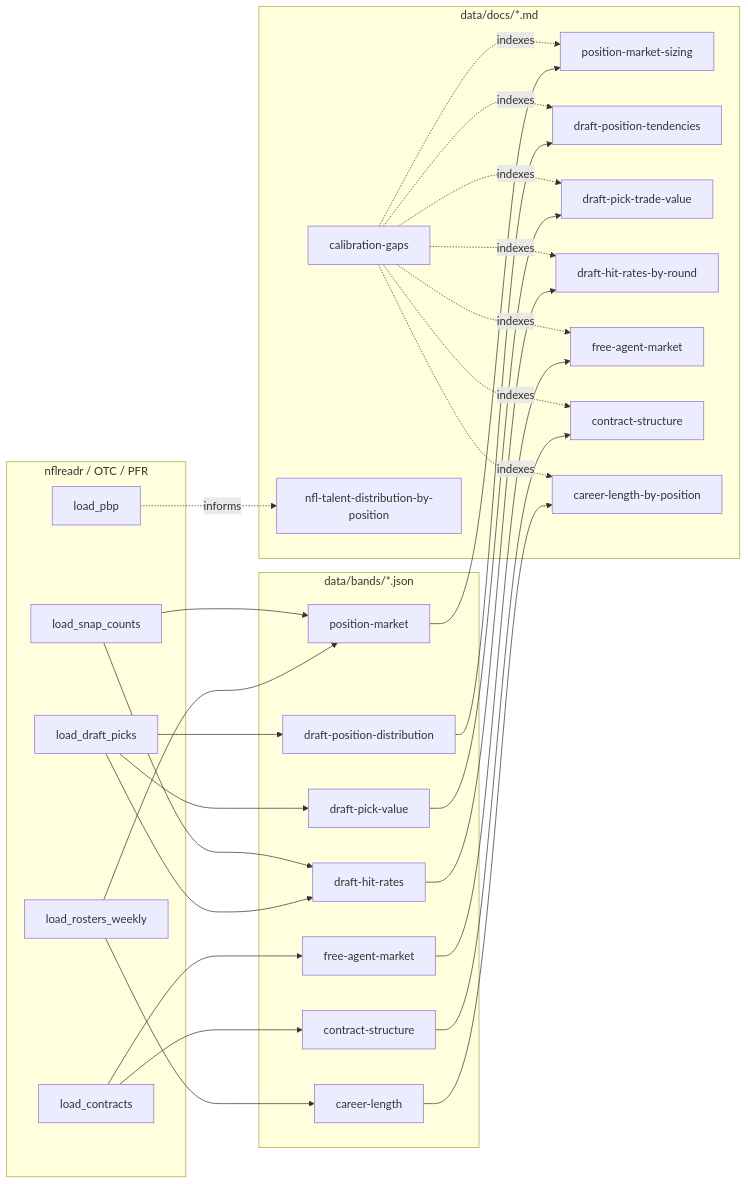
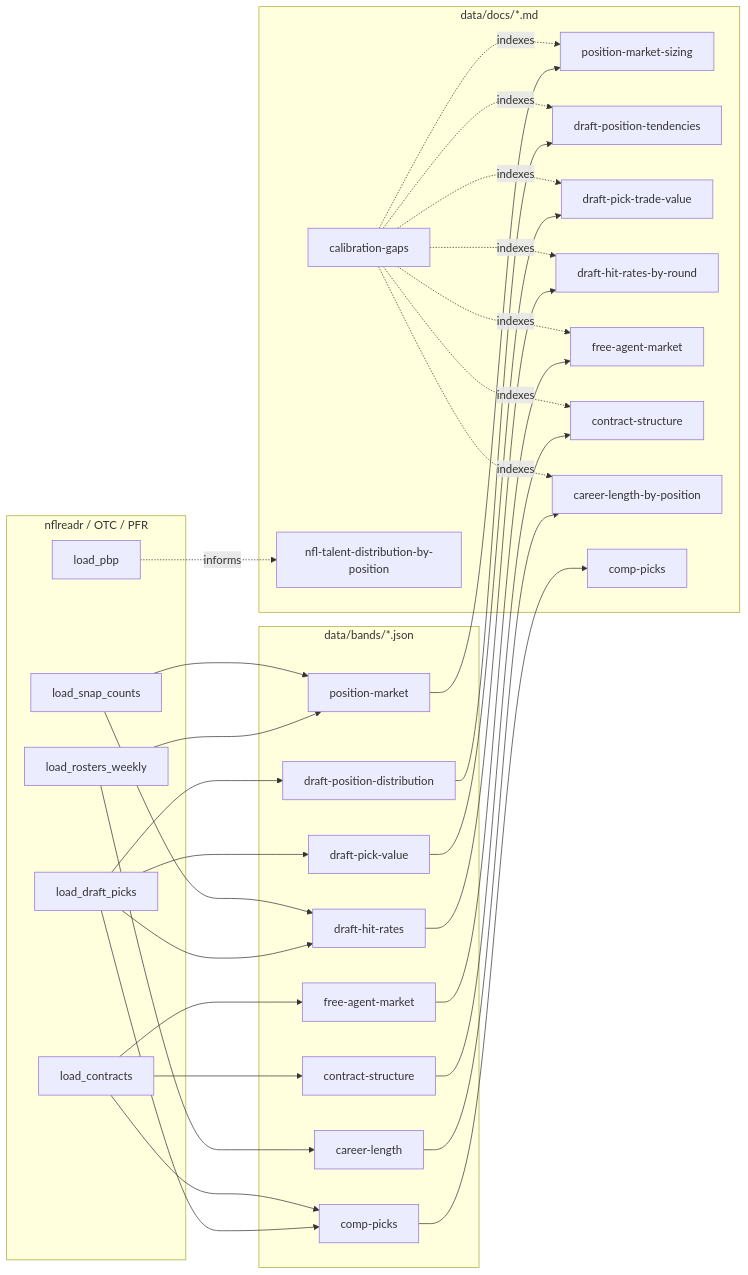
The diagram in data/docs/README.md (Tiernebre/zone-blitz), drawn with Mermaid before and after one commit. The commit also changed other lines of this file and 4 other files, not shown here.

````diff
--- a/data/docs/README.md
+++ b/data/docs/README.md
@@ -15,45 +15,49 @@
 ```mermaid
 flowchart LR
     subgraph Sources["nflreadr / OTC / PFR"]
         PBP[load_pbp]
         ROS[load_rosters_weekly]
         SNAP[load_snap_counts]
         DRAFT[load_draft_picks]
         CTR[load_contracts]
     end
 
     subgraph Bands["data/bands/*.json"]
         B1[position-market]
         B2[draft-position-distribution]
         B3[draft-pick-value]
         B4[draft-hit-rates]
         B5[free-agent-market]
         B6[contract-structure]
         B7[career-length]
+        B8[comp-picks]
     end
 
     subgraph Docs["data/docs/*.md"]
         D0[calibration-gaps]
         D1[position-market-sizing]
         D2[draft-position-tendencies]
         D3[draft-pick-trade-value]
         D4[draft-hit-rates-by-round]
         D5[free-agent-market]
         D6[contract-structure]
         D7[career-length-by-position]
         D8[nfl-talent-distribution-by-position]
+        D9[comp-picks]
     end
 
     ROS --> B1 --> D1
     DRAFT --> B2 --> D2
     DRAFT --> B3 --> D3
     DRAFT --> B4 --> D4
     CTR --> B5 --> D5
     CTR --> B6 --> D6
     ROS --> B7 --> D7
+    DRAFT --> B8 --> D9
+    CTR --> B8
     PBP -. informs .-> D8
     SNAP --> B1
     SNAP --> B4
 
     D0 -. indexes .-> D1 & D2 & D3 & D4 & D5 & D6 & D7
 ```
````
